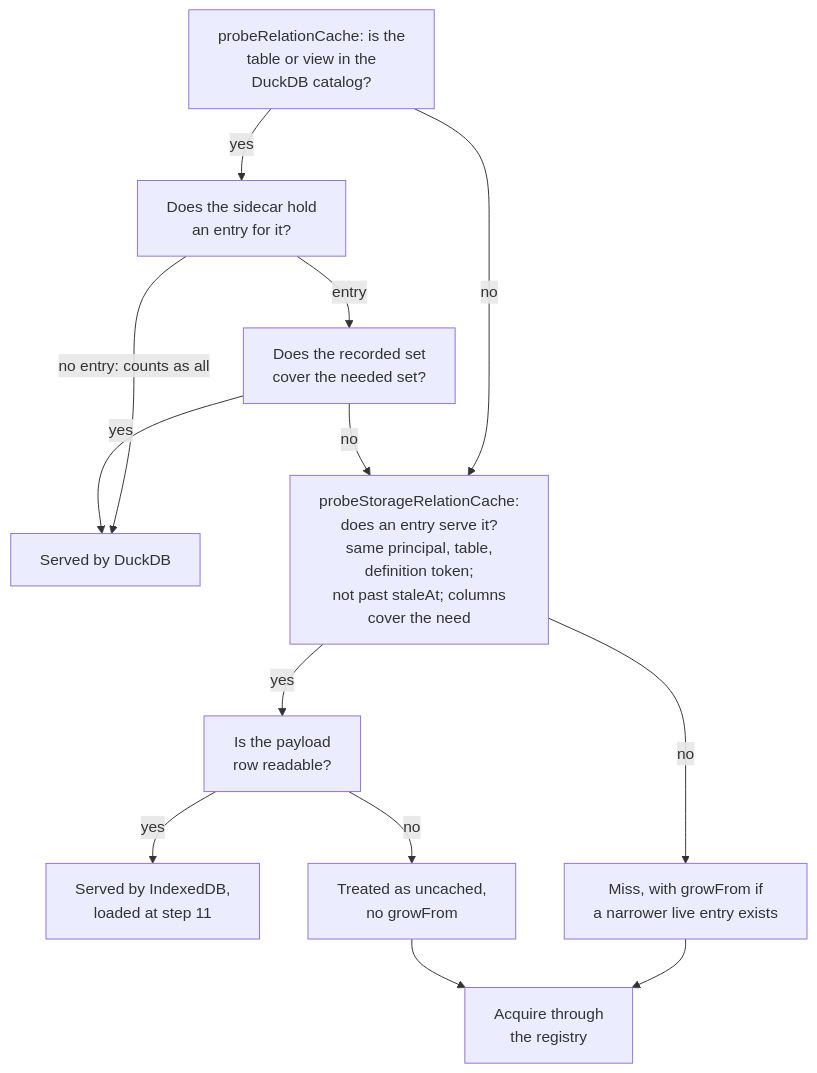
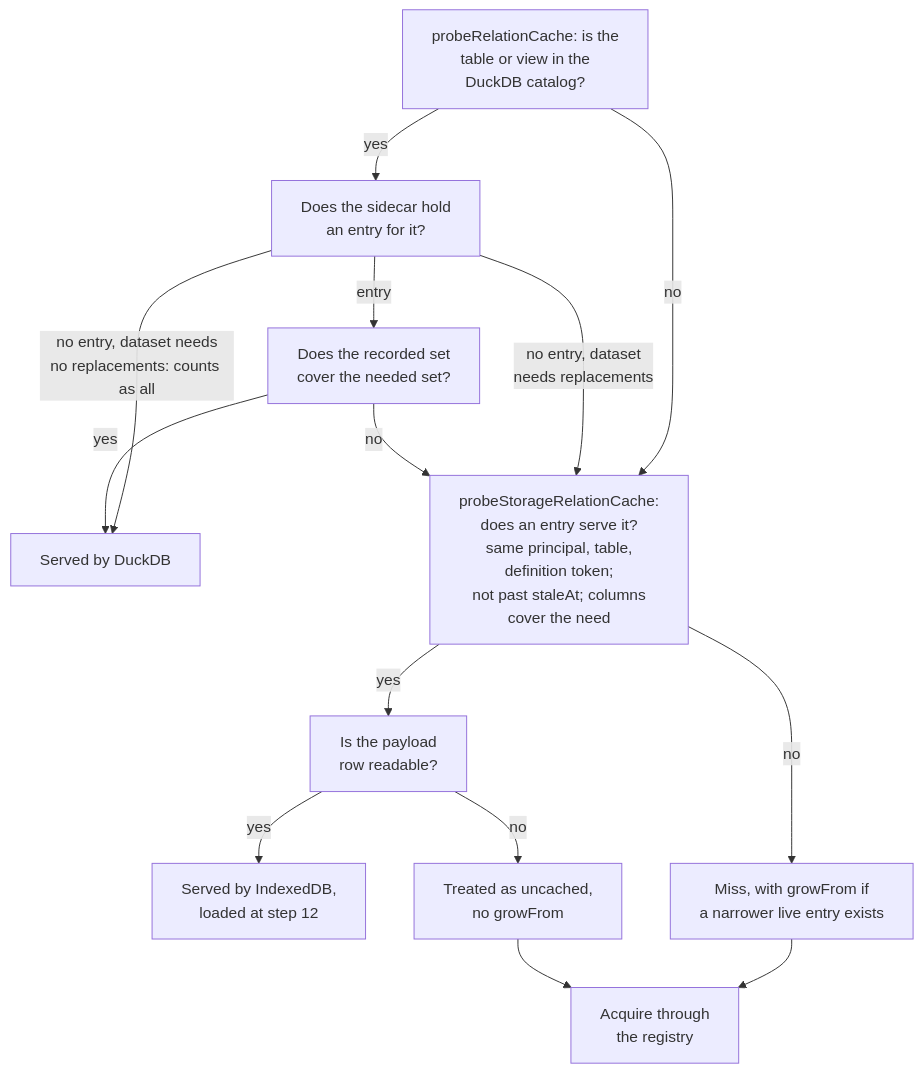
The second of 5 diagrams in docs/qetl-architecture.md (AvandarLabs/avandar), drawn with Mermaid before and after one commit. The commit also changed other lines of this file and 2312 other files, not shown here.

````diff
--- a/docs/qetl-architecture.md
+++ b/docs/qetl-architecture.md
@@ -225,25 +250,26 @@
 ```mermaid
 flowchart TD
   A["probeRelationCache: is the<br/>table or view in the<br/>DuckDB catalog?"]
   B["Does the sidecar hold<br/>an entry for it?"]
   C["Does the recorded set<br/>cover the needed set?"]
   HIT1["Served by DuckDB"]
   D["probeStorageRelationCache:<br/>does an entry serve it?<br/>same principal, table,<br/>definition token;<br/>not past staleAt; columns<br/>cover the need"]
   E["Is the payload<br/>row readable?"]
-  HIT2["Served by IndexedDB,<br/>loaded at step 11"]
+  HIT2["Served by IndexedDB,<br/>loaded at step 12"]
   F["Miss, with growFrom if<br/>a narrower live entry exists"]
   G["Treated as uncached,<br/>no growFrom"]
   H["Acquire through<br/>the registry"]
   A -->|"no"| D
   A -->|"yes"| B
-  B -->|"no entry: counts as all"| HIT1
+  B -->|"no entry, dataset needs<br/>no replacements: counts as all"| HIT1
+  B -->|"no entry, dataset<br/>needs replacements"| D
   B -->|"entry"| C
   C -->|"yes"| HIT1
   C -->|"no"| D
   D -->|"yes"| E
   D -->|"no"| F
   E -->|"yes"| HIT2
   E -->|"no"| G
   F --> H
   G --> H
 ```
````
